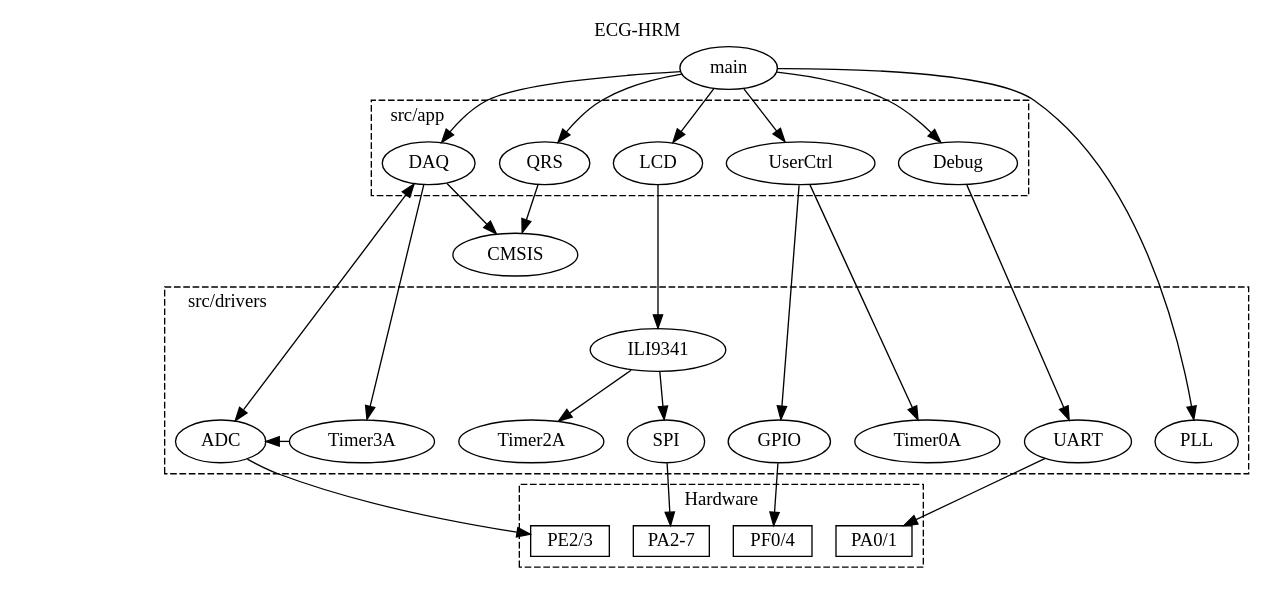
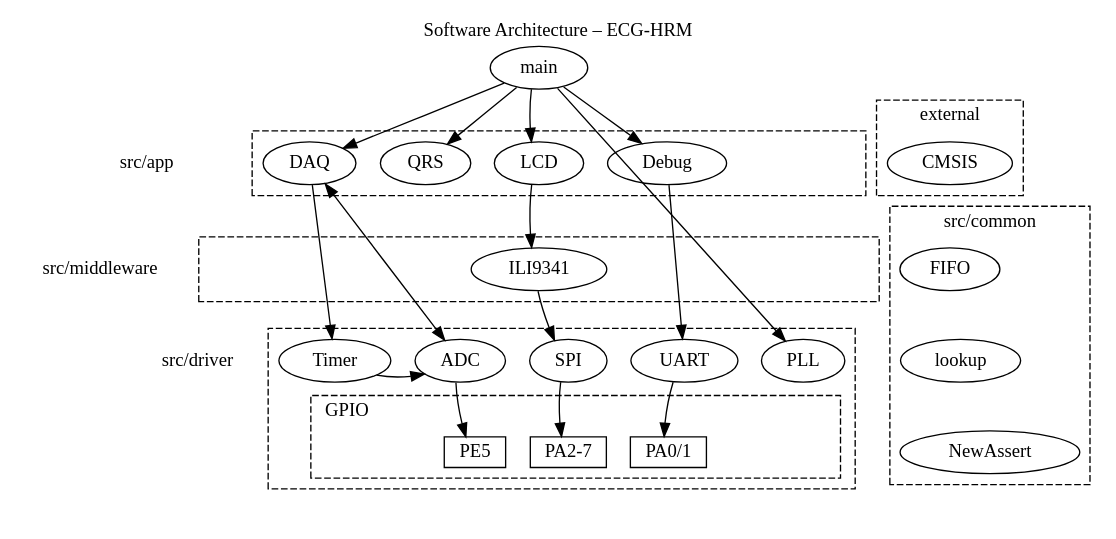
Before and after one commit to bryanmcelvy/microHeartMonitor: the diagram in docs/doxygen_files/call.dot, drawn with Graphviz. The commit also changed 1 other file, not shown here.

Commit message:
Update call graph

```diff
--- a/docs/doxygen_files/call.dot
+++ b/docs/doxygen_files/call.dot
@@ -1,66 +1,118 @@
 digraph {
     labelloc="t";
-    label="ECG-HRM";
+    label="Software Architecture – ECG-HRM";
     labeljust="c";
     newrank=true;
-    node[shape=ellipse, height=0.25];
+    node[shape=ellipse, height=0.25, width=0.5];
+    splines=false;
 
-    // Invisible Rows
-    subgraph invis_rows{
-        node[style=invis, shape=none, width=0, height=0];
-        rank_main -> rank_app -> rank_filt -> rank_middle -> rank_driver -> rank_hw[style=invis];
-    };
+    /***************************************************************************
+    Main Clusters
+    ***************************************************************************/
 
     // Application Software
     subgraph cluster_app{
-        label="src/app";
-        labeljust="l"
+        label=""; style="dashed";
+
+        DAQ, QRS, LCD, Debug;
+        app_col5[style=invis, shape=none];
+    };
+
+    // Middleware
+    subgraph cluster_middleware{
+        label=""
         style="dashed";
 
-        DAQ, QRS, LCD, UserCtrl, Debug;
+        ILI9341;
+        mid_col1[style=invis, shape=none];
+        mid_col2[style=invis, shape=none];
+        mid_col4[style=invis, shape=none];
+        mid_col5[style=invis, shape=none];
     };
 
     // Device Drivers
     subgraph cluster_driver{
-        label="src/drivers";
-        labeljust="l"
-        style="dashed";
+        label=""; style="dashed";
 
-        ADC, GPIO, ILI9341, PLL, SPI, Timer0A, Timer2A, Timer3A, UART;
+        ADC, PLL, SPI, Timer, UART;
+
+        subgraph cluster_gpio{
+            label="GPIO";
+            labeljust="l";
+
+            node[shape=rect];
+            PA01[label="PA0/1"]
+            PA27[label="PA2-7"];
+            PE5;
+
+            node[style=invis, shape=none, width=0, height=0]
+            hw_col1;
+            hw_col5;
+        };
+
     };
 
-    // Hardware
-    subgraph cluster_hw{
-        label="Hardware";
-        style="dashed";
+    // Common
+    subgraph cluster_common {
+        label="src/common"; style="dashed";
 
-        node[shape=rect; height=0.25; length=4];
-        PA01[label="PA0/1"]
-        PA27[label="PA2-7"];
-        PE23[label="PE2/3"];
-        PF04[label="PF0/4"];
+        FIFO, lookup, NewAssert;
+    }
+
+    // External
+    subgraph cluster_external {
+        label="external"; style="dashed";
+        CMSIS;
+    }
+
+    // Connections
+    edge[constraint=false];
+    main -> {DAQ, QRS, LCD, Debug, PLL};
+    DAQ -> ADC[dir=both];
+    DAQ -> Timer;
+    LCD -> ILI9341 -> SPI -> PA27;
+    Debug -> UART -> PA01;
+
+    ADC -> PE5;
+    ADC -> Timer[dir=back];
+    
+    /***************************************************************************
+    Graphviz Boilerplate
+    ***************************************************************************/
+    
+    // Rows
+    subgraph invis_rows{
+        edge[style=invis];
+        node[shape=none]
+        rank_app[label="src/app"];
+        rank_middle[label="src/middleware"]; 
+        rank_driver[label="src/driver"];
+
+        node[style=invis, shape=none, width=0, height=0, label=""];
+        rank_main; rank_hw; rank_cols;
     };
 
-    // Row Orientation
+    // Columns
+    subgraph invis_cols{
+        node[style=invis, shape=none, width=0, height=0, label=""];
+        col1, col2, col3, col4, col5, col6;
+    }
+
+    // Horizontal Alignment
+    edge[style=invis, weight=3, constraint=true];
     {rank=source; rank_main, main};
-    {rank=same; rank_app, DAQ, QRS, LCD, UserCtrl, Debug};
-    {rank=same; rank_filt, CMSIS}
-    {rank=same; rank_middle, ILI9341};
-    {rank=same; rank_driver, ADC, GPIO, PLL, SPI, UART,Timer0A, Timer2A, Timer3A};
-    {rank=same; rank_hw, PA01, PE23, PF04, PA27};
+    {rank=same; rank_app -> DAQ -> QRS -> LCD -> Debug -> app_col5 -> CMSIS};
+    {rank=same; rank_middle -> mid_col1 -> mid_col2 -> ILI9341 -> mid_col4 -> mid_col5 -> FIFO};
+    {rank=same; rank_driver -> Timer -> ADC -> SPI -> UART -> PLL -> lookup};
+    {rank=same; rank_hw -> hw_col1 -> PE5 -> PA27 -> PA01 -> hw_col5 -> NewAssert};
+    {rank=same; rank_cols -> col1 -> col2 -> col3 -> col4 -> col5 -> col6};
 
-    // Connections
-    main -> {DAQ, QRS, LCD, UserCtrl, Debug, PLL};
-    DAQ -> ADC[dir=both];
-    DAQ -> {CMSIS, Timer3A};
-    QRS -> CMSIS;
-    LCD -> ILI9341 -> SPI -> PA27;
-    UserCtrl -> Timer0A;
-    UserCtrl -> GPIO -> PF04;
-    Debug -> UART -> PA01;
-
-    ILI9341 -> Timer2A;
-
-    ADC -> {PE23};
-    ADC -> Timer3A[dir=back];
+    // Vertical Alignment
+    rank_main -> rank_app -> rank_middle -> rank_driver -> rank_hw -> rank_cols;
+    DAQ -> mid_col1 -> Timer -> hw_col1 -> col1;
+    QRS -> mid_col2 -> ADC -> PE5 -> col2;
+    main -> LCD -> ILI9341 -> SPI -> PA27 -> col3;
+    Debug -> mid_col4 -> UART -> PA01 -> col4;
+    app_col5 -> mid_col5 -> PLL -> hw_col5 -> col5;
+    CMSIS -> FIFO -> lookup -> NewAssert -> col6;
 }
```
